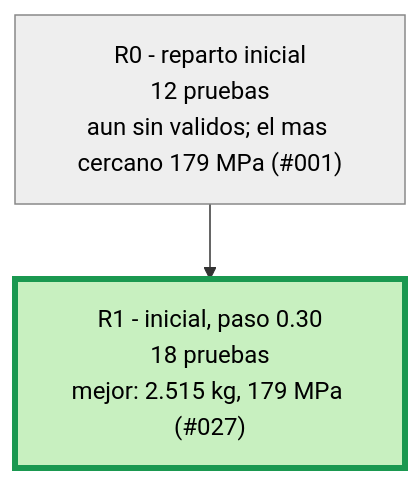
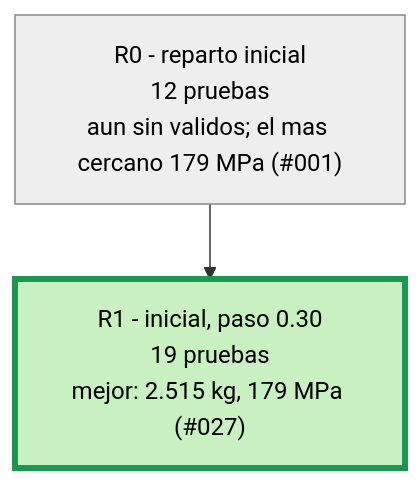
Before and after one commit to Hugiko/msd-soporte-optimizacion: the second of 3 diagrams in runs/opt_37800N/ARBOL.md, drawn with Mermaid. The commit also changed 22 other files, not shown here.

````diff
--- a/runs/opt_37800N/ARBOL.md
+++ b/runs/opt_37800N/ARBOL.md
@@ -21,9 +21,9 @@
 ```mermaid
 graph TD
 classDef activa fill:#d6eaff,stroke:#1f6fb5,color:#000
 classDef fin fill:#eeeeee,stroke:#888,color:#000
 classDef mejor fill:#c8f0c0,stroke:#1a9850,stroke-width:4px,color:#000
 R0["R0 - reparto inicial<br/>12 pruebas<br/>aun sin validos; el mas cercano 179 MPa (#001)"]:::fin
-R1["R1 - inicial, paso 0.30<br/>18 pruebas<br/>mejor: 2.515 kg, 179 MPa (#027)"]:::mejor
+R1["R1 - inicial, paso 0.30<br/>19 pruebas<br/>mejor: 2.515 kg, 179 MPa (#027)"]:::mejor
 R0 --> R1
 ```
````
